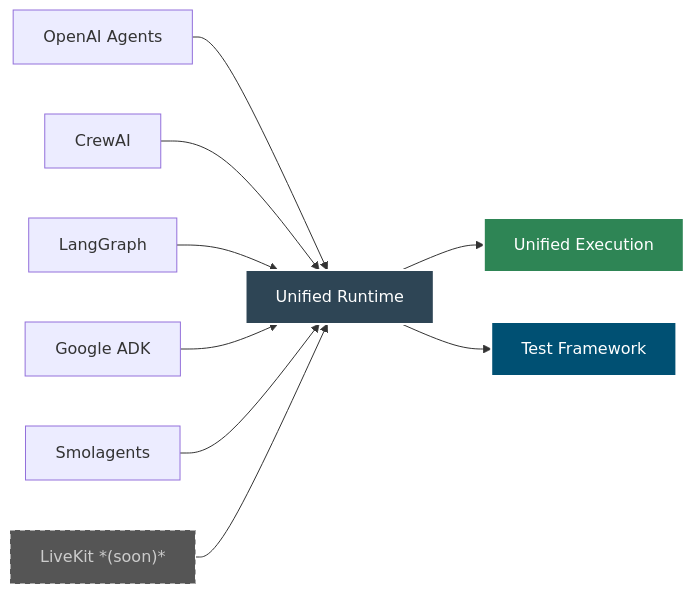
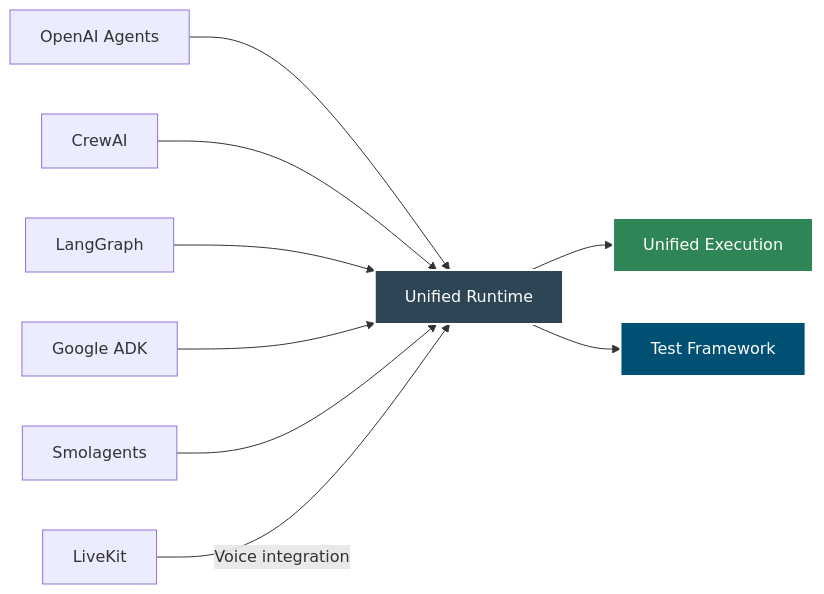
The first of 2 diagrams in docs/docs/intro.md (yaalalabs/agent-kernel), drawn with Mermaid before and after one commit. The commit also changed other lines of this file and 14 other files, not shown here.

````diff
--- a/docs/docs/intro.md
+++ b/docs/docs/intro.md
@@ -36,20 +38,19 @@
 ```mermaid
 ---
 config:
   layout: dagre
 ---
 flowchart LR
     B["Unified Runtime"] --> A["Unified Execution"]
     C["OpenAI Agents"] --> B
     D["CrewAI"] --> B
     E["LangGraph"] --> B
     F["Google ADK"] --> B
     SA["Smolagents"] --> B
-    LK["LiveKit *(soon)*"] --> B
+    LK["LiveKit"] -->|Voice integration| B
     G["Test Framework"]
     B --> G
     style A fill:#2e8555,stroke:#fff,stroke-width:2px,color:#fff
     style B fill:#2e4555,stroke:#fff,stroke-width:2px,color:#fff
     style G fill:#005073,stroke:#fff,stroke-width:2px,color:#fff
-    style LK fill:#555,stroke:#fff,stroke-width:1px,color:#ccc,stroke-dasharray: 5 5
 ```
````
